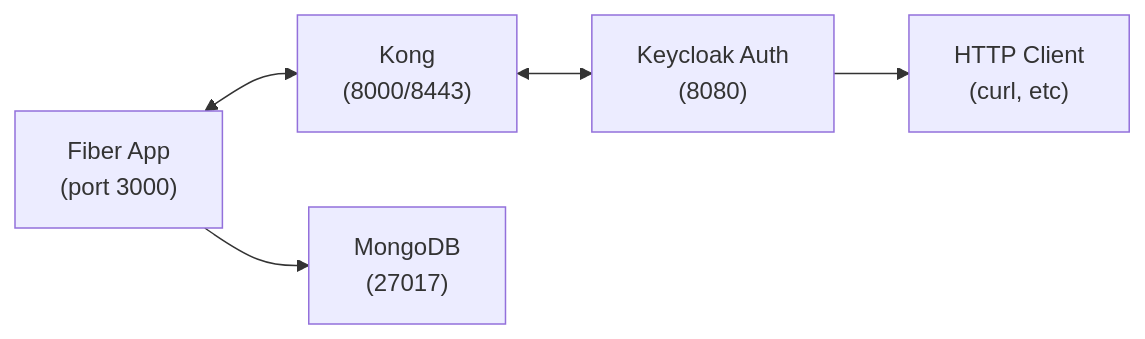
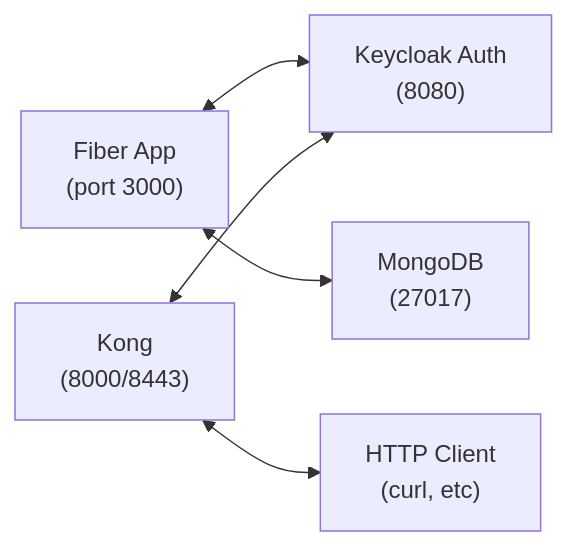
One commit to Palakorn-Voramongkol/golang-kong-keycloak changed the diagram in README.md. Above: the diagram before and after it, drawn with Mermaid.

`````diff
--- a/README.md
+++ b/README.md
@@ -48,13 +48,13 @@
 ```mermaid
 flowchart LR
     FiberApp["Fiber App<br>(port 3000)"]
     Kong["Kong<br>(8000/8443)"]
     Keycloak["Keycloak Auth<br>(8080)"]
     MongoDB["MongoDB<br>(27017)"]
     HTTPClient["HTTP Client<br>(curl, etc)"]
 
-    FiberApp <--> Kong
+    FiberApp <--> Keycloak
     Kong <--> Keycloak
-    FiberApp --> MongoDB
-    Keycloak --> HTTPClient
+    FiberApp <--> MongoDB
+    Kong <--> HTTPClient
 ````
`````
